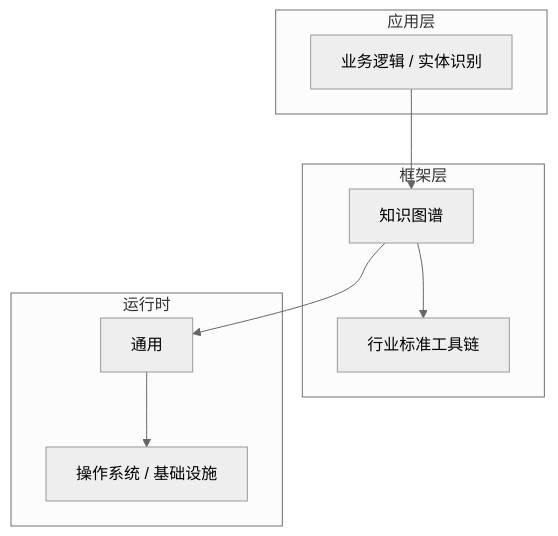
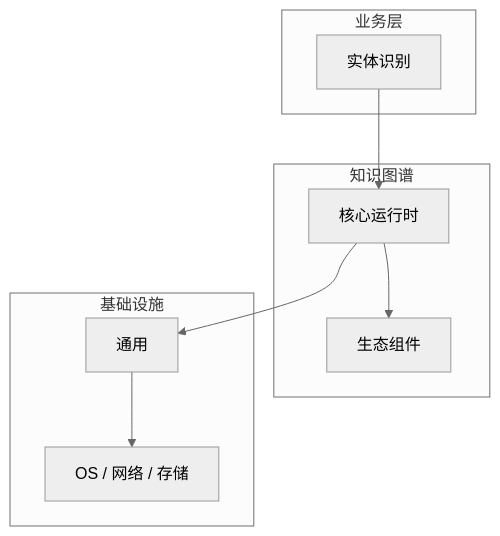
Before and after one commit to yanggan2015/knowledge-json-v2: the diagram in articles/知识图谱/chapters/019-实体识别核心概念与原理.md, drawn with Mermaid (neutral theme). The commit also changed other lines of this file and 10127 other files, not shown here.

````diff
--- a/articles/知识图谱/chapters/019-实体识别核心概念与原理.md
+++ b/articles/知识图谱/chapters/019-实体识别核心概念与原理.md
@@ -45,18 +30,18 @@
 ```mermaid
 graph TB
-    subgraph 应用层
-        A[业务逻辑 / 实体识别]
+    subgraph 业务层
+        A[实体识别]
     end
-    subgraph 框架层
-        B[知识图谱]
-        C[行业标准工具链]
+    subgraph 知识图谱
+        B[核心运行时]
+        C[生态组件]
     end
-    subgraph 运行时
+    subgraph 基础设施
         D[通用]
-        E[操作系统 / 基础设施]
+        E[OS / 网络 / 存储]
     end
     A --> B
     B --> C
     B --> D
     D --> E
 ```
````
